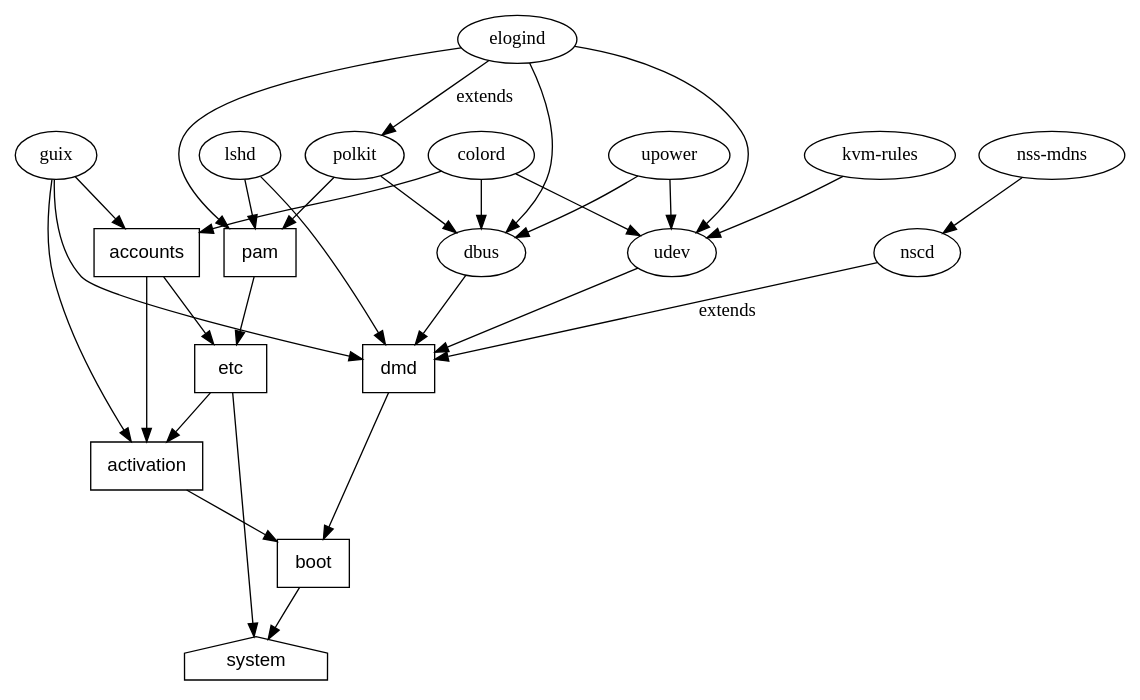
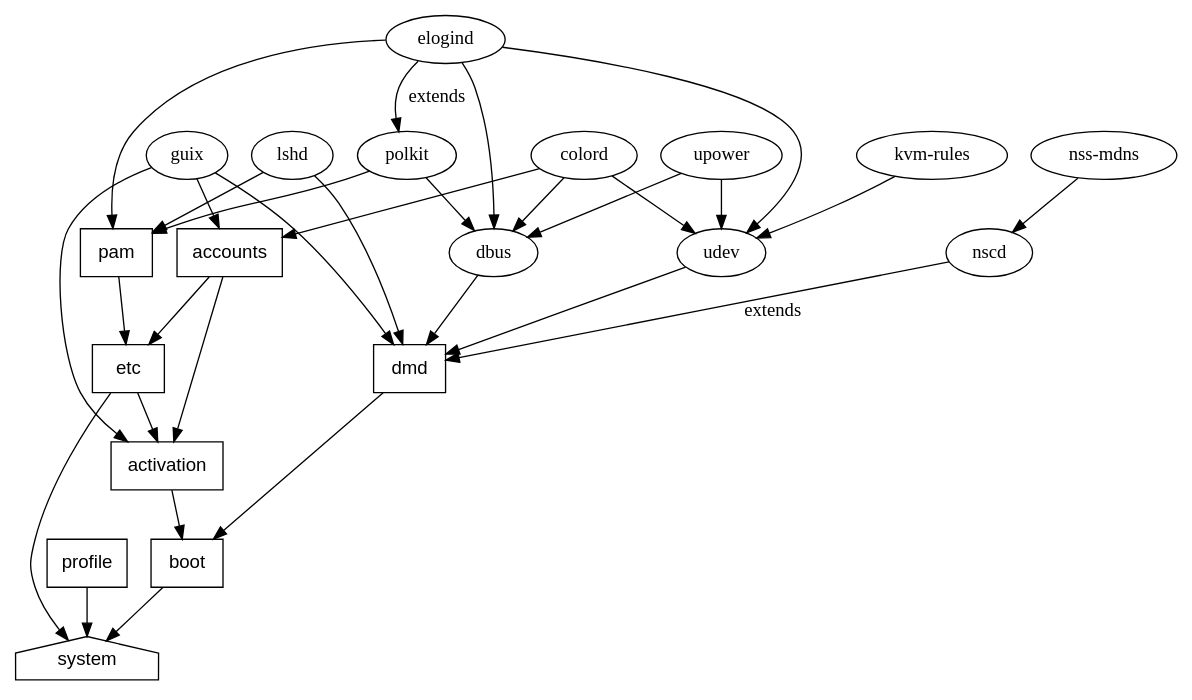
Before and after one commit to guix-mirror/guix: the diagram in doc/images/service-graph.dot, drawn with Graphviz. The commit also changed 3 other files, not shown here.

```diff
--- a/doc/images/service-graph.dot
+++ b/doc/images/service-graph.dot
@@ -1,38 +1,40 @@
 digraph "Service Type Dependencies" {
   dmd [shape = box, fontname = Helvetica];
   pam [shape = box, fontname = Helvetica];
   etc [shape = box, fontname = Helvetica];
+  profile [shape = box, fontname = Helvetica];
   accounts [shape = box, fontname = Helvetica];
   activation [shape = box, fontname = Helvetica];
   boot [shape = box, fontname = Helvetica];
   system [shape = house, fontname = Helvetica];
   lshd -> dmd;
   lshd -> pam;
   udev -> dmd;
   nscd -> dmd [label = "extends"];
   "nss-mdns" -> nscd;
   "kvm-rules" -> udev;
   colord -> udev;
   dbus -> dmd;
   colord -> dbus;
   upower -> udev;
   upower -> dbus;
   polkit -> dbus;
   polkit -> pam;
   elogind -> dbus;
   elogind -> udev;
   elogind -> polkit [label = "extends"];
   dmd -> boot;
   colord -> accounts;
   accounts -> activation;
   accounts -> etc;
   etc -> activation;
   activation -> boot;
   pam -> etc;
   elogind -> pam;
   guix -> dmd;
   guix -> activation;
   guix -> accounts;
   boot -> system;
   etc -> system;
+  profile -> system;
 }
```
